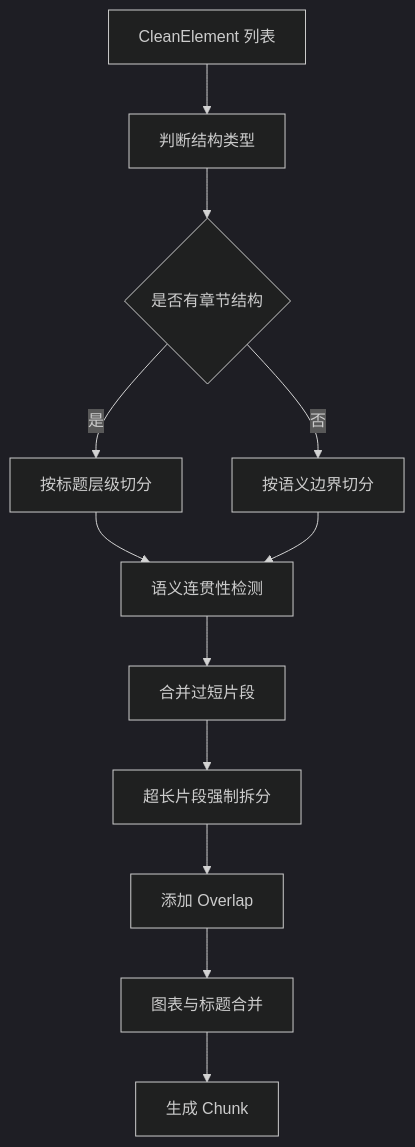
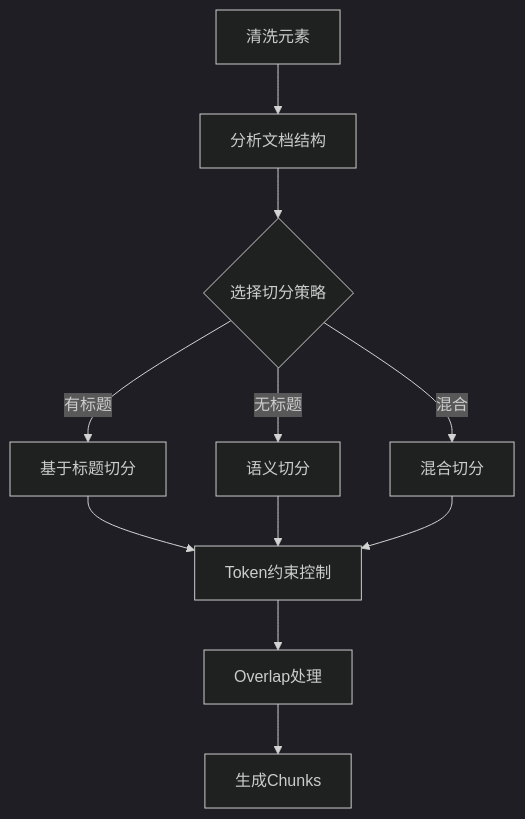
The second of 2 diagrams in docs/04-清洗与切分.md (zhaoyuhanga/ragKnowledgeBase), drawn with Mermaid (dark theme) before and after one commit. The commit also changed other lines of this file and 209 other files, not shown here.

````diff
--- a/docs/04-清洗与切分.md
+++ b/docs/04-清洗与切分.md
@@ -101,14 +102,13 @@
 ```mermaid
 flowchart TD
-    A[CleanElement 列表] --> B[判断结构类型]
-    B --> C{是否有章节结构}
-    C -- 是 --> D[按标题层级切分]
-    C -- 否 --> E[按语义边界切分]
-    D --> F[语义连贯性检测]
-    E --> F
-    F --> G[合并过短片段]
-    G --> H[超长片段强制拆分]
-    H --> I[添加 Overlap]
-    I --> J[图表与标题合并]
-    J --> K[生成 Chunk]
+    A[清洗元素] --> B[分析文档结构]
+    B --> C{选择切分策略}
+    C -->|有标题| D[基于标题切分]
+    C -->|无标题| E[语义切分]
+    C -->|混合| F[混合切分]
+    D --> G[Token约束控制]
+    E --> G
+    F --> G
+    G --> H[Overlap处理]
+    H --> I[生成Chunks]
 ```
````
